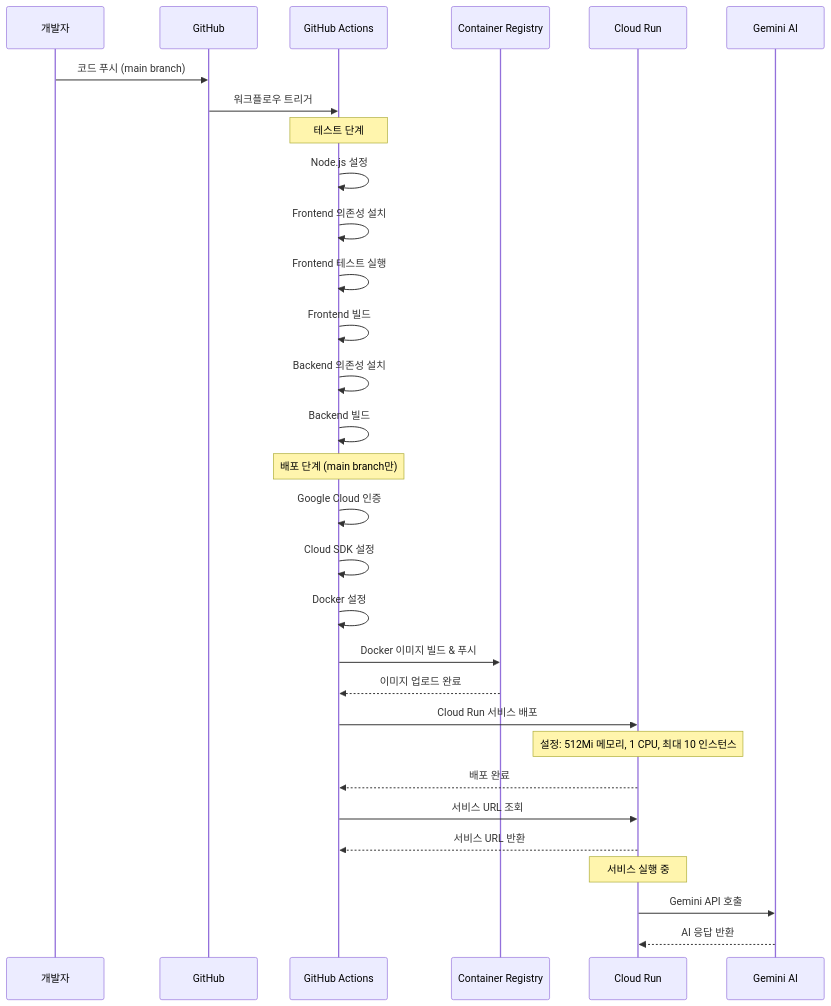
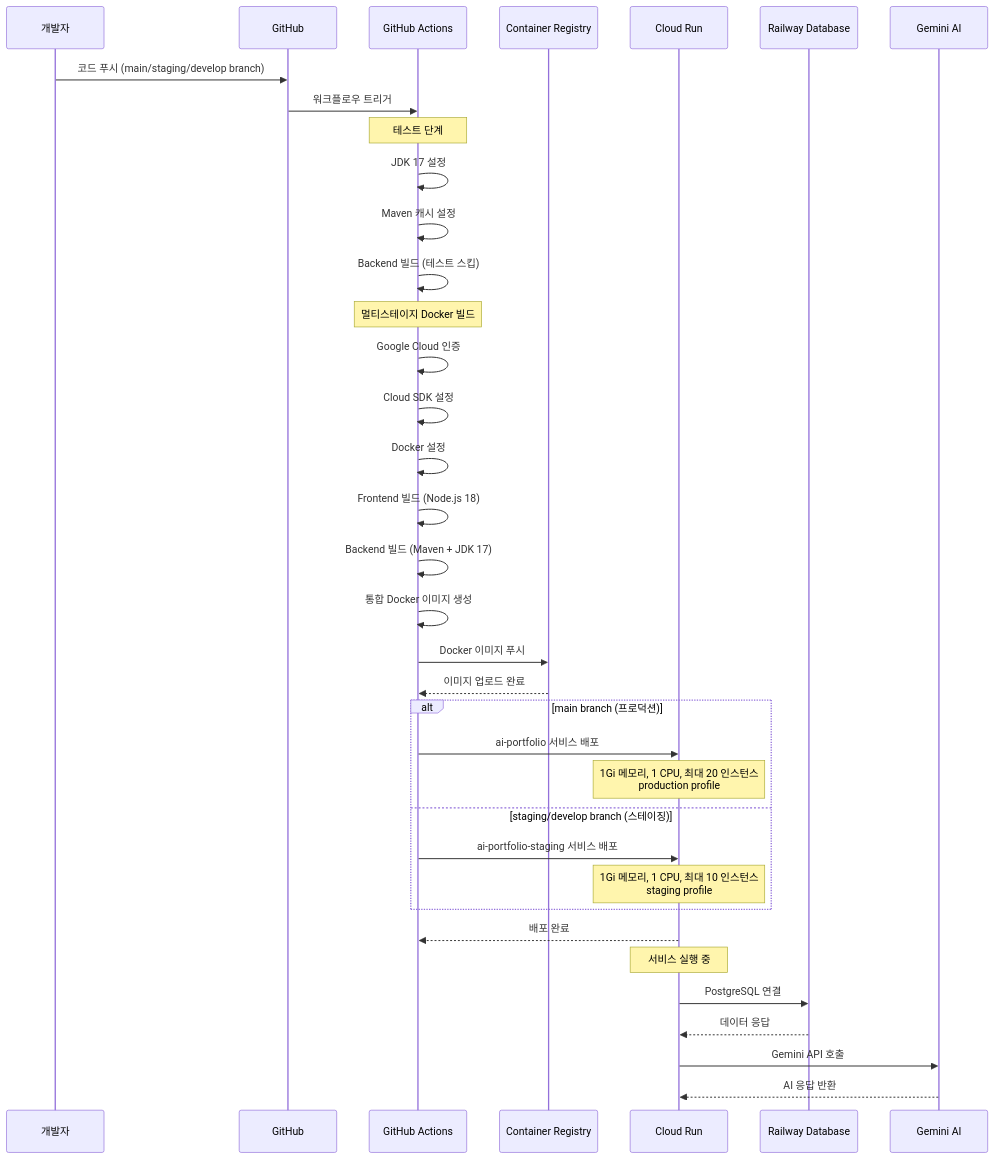
Before and after one commit to Yamang02/AI_Portfolio: the diagram in docs/mermaid/deployment-process.mmd, drawn with Mermaid. The commit also changed 21 other files, not shown here.

```diff
--- a/docs/mermaid/deployment-process.mmd
+++ b/docs/mermaid/deployment-process.mmd
@@ -1,37 +1,44 @@
 sequenceDiagram
     participant Dev as 개발자
     participant GH as GitHub
     participant GA as GitHub Actions
     participant GCR as Container Registry
     participant CR as Cloud Run
+    participant RailwayDB as Railway Database
     participant AI as Gemini AI
 
-    Dev->>GH: 코드 푸시 (main branch)
+    Dev->>GH: 코드 푸시 (main/staging/develop branch)
     GH->>GA: 워크플로우 트리거
     
     Note over GA: 테스트 단계
-    GA->>GA: Node.js 설정
-    GA->>GA: Frontend 의존성 설치
-    GA->>GA: Frontend 테스트 실행
-    GA->>GA: Frontend 빌드
-    GA->>GA: Backend 의존성 설치
-    GA->>GA: Backend 빌드
+    GA->>GA: JDK 17 설정
+    GA->>GA: Maven 캐시 설정
+    GA->>GA: Backend 빌드 (테스트 스킵)
     
-    Note over GA: 배포 단계 (main branch만)
+    Note over GA: 멀티스테이지 Docker 빌드
     GA->>GA: Google Cloud 인증
     GA->>GA: Cloud SDK 설정
     GA->>GA: Docker 설정
     
-    GA->>GCR: Docker 이미지 빌드 & 푸시
+    GA->>GA: Frontend 빌드 (Node.js 18)
+    GA->>GA: Backend 빌드 (Maven + JDK 17)
+    GA->>GA: 통합 Docker 이미지 생성
+    
+    GA->>GCR: Docker 이미지 푸시
     GCR-->>GA: 이미지 업로드 완료
     
-    GA->>CR: Cloud Run 서비스 배포
-    Note over CR: 설정: 512Mi 메모리, 1 CPU, 최대 10 인스턴스
+    alt main branch (프로덕션)
+        GA->>CR: ai-portfolio 서비스 배포
+        Note over CR: 1Gi 메모리, 1 CPU, 최대 20 인스턴스<br/>production profile
+    else staging/develop branch (스테이징)
+        GA->>CR: ai-portfolio-staging 서비스 배포
+        Note over CR: 1Gi 메모리, 1 CPU, 최대 10 인스턴스<br/>staging profile
+    end
+    
     CR-->>GA: 배포 완료
     
-    GA->>CR: 서비스 URL 조회
-    CR-->>GA: 서비스 URL 반환
-    
     Note over CR: 서비스 실행 중
+    CR->>RailwayDB: PostgreSQL 연결
+    RailwayDB-->>CR: 데이터 응답
     CR->>AI: Gemini API 호출
     AI-->>CR: AI 응답 반환 
```
